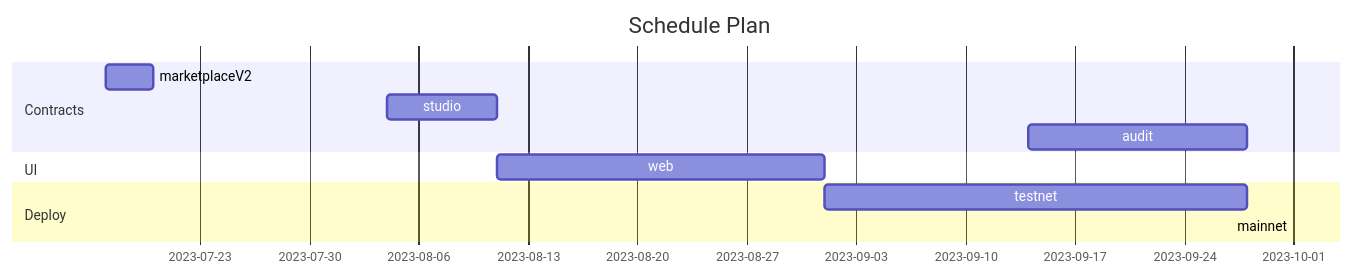
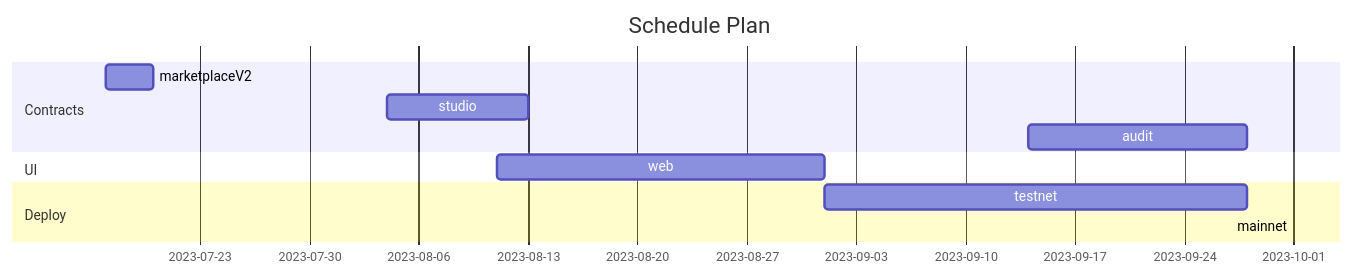
Before and after one commit to TowneSquare/TowneSpace-contract: the second of 2 diagrams in README.md, drawn with Mermaid. The commit also changed other lines of this file, not shown here.

````diff
--- a/README.md
+++ b/README.md
@@ -68,14 +73,14 @@
 ```mermaid
 gantt
     title Schedule Plan
     dateFormat  DD-MM-YYYY
     section Contracts
     marketplaceV2  :17-07-2023, 3d
-    studio   :04-08-2023  , 7d
+    studio   :04-08-2023  , 9d
     audit   :14-09-2023 , 14d
     section UI 
     web  :11-08-2023 , 21d
     section Deploy 
     testnet      :01-09-2023  , 27d
     mainnet      :01-10-2023 ,
 ```
````
